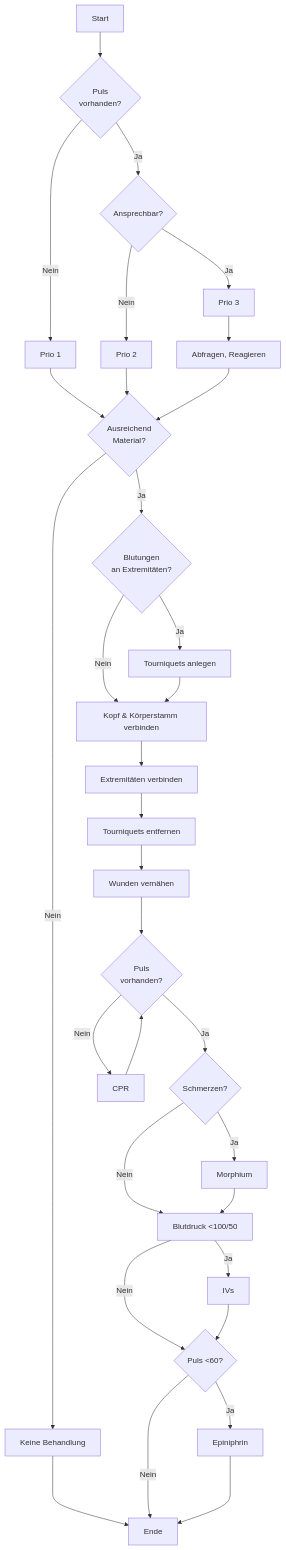
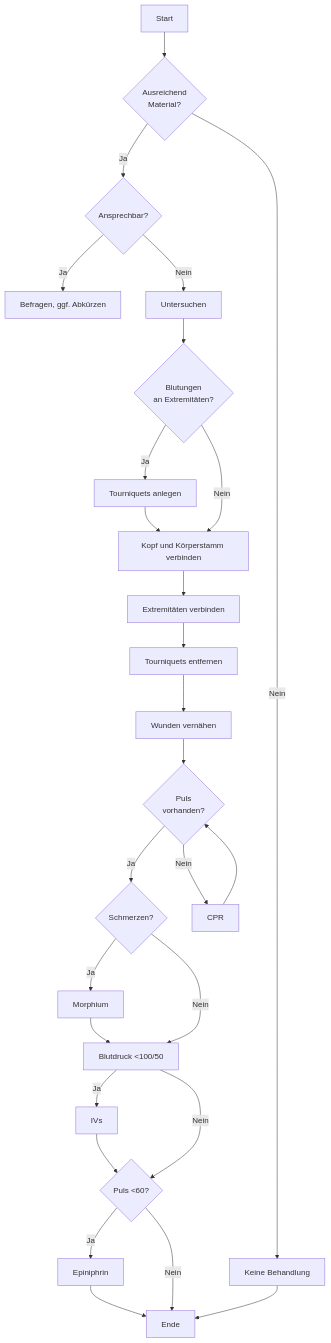
The second of 2 diagrams in arma3/ace3-medical.md (inten-gg/wiki), drawn with Mermaid before and after one commit. The commit also changed other lines of this file, not shown here.

Commit message:
docs: update arma3/ace3-medical

````diff
--- a/arma3/ace3-medical.md
+++ b/arma3/ace3-medical.md
@@ -69,37 +101,29 @@
 ```mermaid
 flowchart TD
-    Start[Start] --> Puls{Puls\nvorhanden?}
-    Puls -- Ja --> Ansprechbar{Ansprechbar?}
-    Puls -- Nein --> Prio1[Prio 1]
-    Ansprechbar -- Ja --> Prio3[Prio 3]
-    Ansprechbar -- Nein --> Prio2[Prio 2]
-    Prio1 --> Material
-    Prio2 --> Material
-    Prio3 --> Question[Abfragen, Reagieren]
-    Question --> Material{Ausreichend\nMaterial?}
-    Material -- Ja --> VieleBlutungen{Blutungen\nan Extremitäten?}
+    Start[Start] --> Material{Ausreichend\nMaterial?}
+    Material -- Ja --> Ansprechbar{Ansprechbar?}    
     Material -- Nein --> Nope[Keine Behandlung]
-    Nope ---> Ende
+    Nope --> Ende
+    Ansprechbar -- Ja --> Question[Befragen, ggf. Abkürzen]
+    Ansprechbar -- Nein --> Untersuchen
+    Untersuchen --> VieleBlutungen{Blutungen\nan Extremitäten?}
     VieleBlutungen -- Ja --> Tourniquets[Tourniquets anlegen]
-    VieleBlutungen -- Nein --> Torso[Kopf & Körperstamm verbinden]
+    VieleBlutungen -- Nein --> Torso[Kopf und Körperstamm verbinden]
     Tourniquets --> Torso
     Torso --> Extreminaeten[Extremitäten verbinden]
     Extreminaeten --> TourniquetsDel[Tourniquets entfernen]
     TourniquetsDel --> Stitch[Wunden vernähen]
     Stitch --> PulsAfterStitch{Puls\nvorhanden?}
     PulsAfterStitch -- Ja --> Pain{Schmerzen?}
     PulsAfterStitch -- Nein --> CPR
     CPR --> PulsAfterStitch
     Pain -- Ja --> Morphium
     Pain -- Nein --> BloodPressure[Blutdruck <100/50]
     Morphium --> BloodPressure
     BloodPressure -- Ja --> IVs    
     BloodPressure -- Nein --> PulseAfterBloodPressure{Puls <60?}
     IVs --> PulseAfterBloodPressure
     PulseAfterBloodPressure -- Ja --> Epiniphrin
-    PulseAfterBloodPressure -- Nein ---> Ende
-    Epiniphrin ---> Ende    
-		class Prio1 fc-node-red
-    class Prio2 fc-node-orange
-    class Prio3 fc-node-green
-```
+    PulseAfterBloodPressure -- Nein --> Ende
+    Epiniphrin --> Ende    
+```  
````
